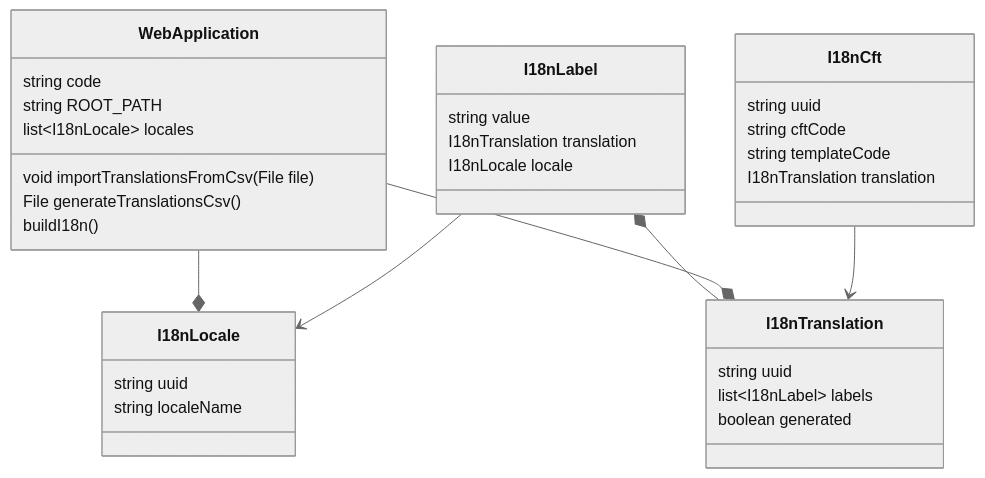
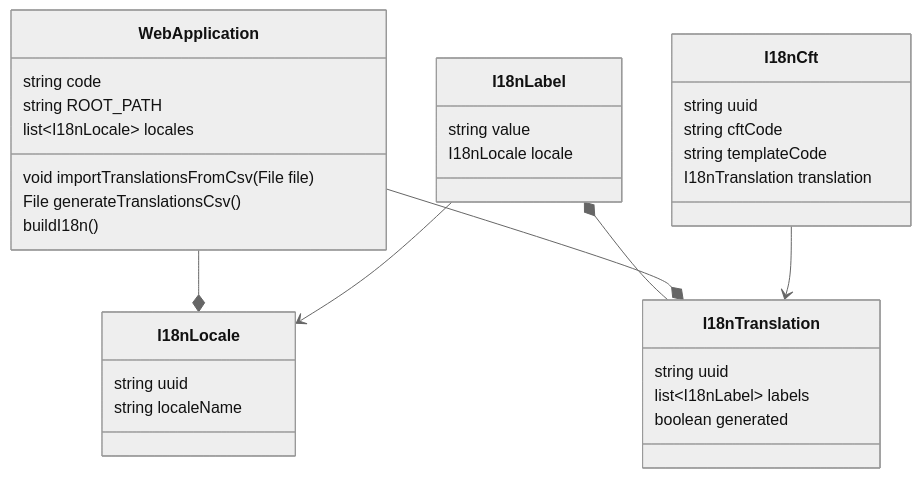
The diagram in specs/internationalization/README.md (meveo-org/module-webapprouter), drawn with Mermaid (neutral theme) before and after one commit.

````diff
--- a/specs/internationalization/README.md
+++ b/specs/internationalization/README.md
@@ -5,36 +5,35 @@
 ```mermaid
 classDiagram
 class WebApplication {
     string code
     string ROOT_PATH
     list~I18nLocale~ locales
     void importTranslationsFromCsv(File file)
     File generateTranslationsCsv()
     buildI18n()
 }
 class I18nTranslation {
     string uuid
     list~I18nLabel~ labels
     boolean generated
 }
 class I18nLocale {
    string uuid
    string localeName
 }
 class I18nLabel {
    string value
-   I18nTranslation translation
    I18nLocale locale
 }
 class I18nCft {
     string uuid
     string cftCode
     string templateCode
     I18nTranslation translation
 }
 WebApplication --* I18nLocale
 I18nLabel *-- I18nTranslation
 WebApplication --* I18nTranslation
 I18nCft --> I18nTranslation
 I18nLabel --> I18nLocale
 ```
````
